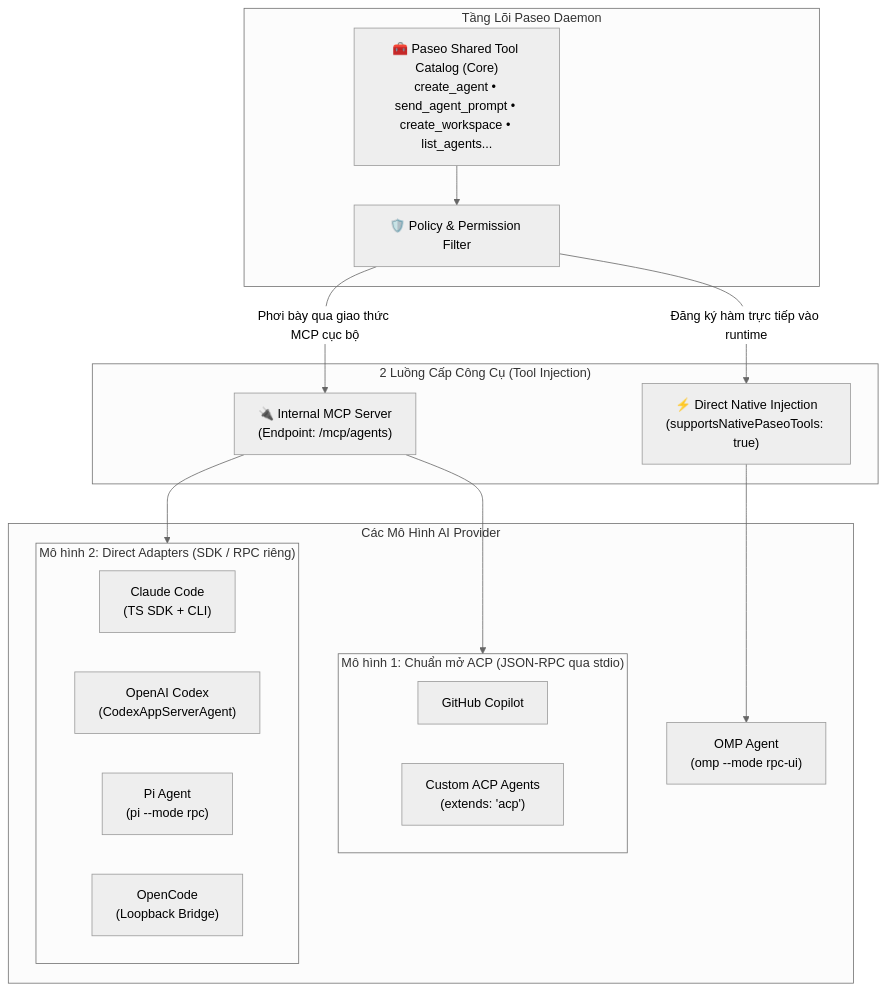
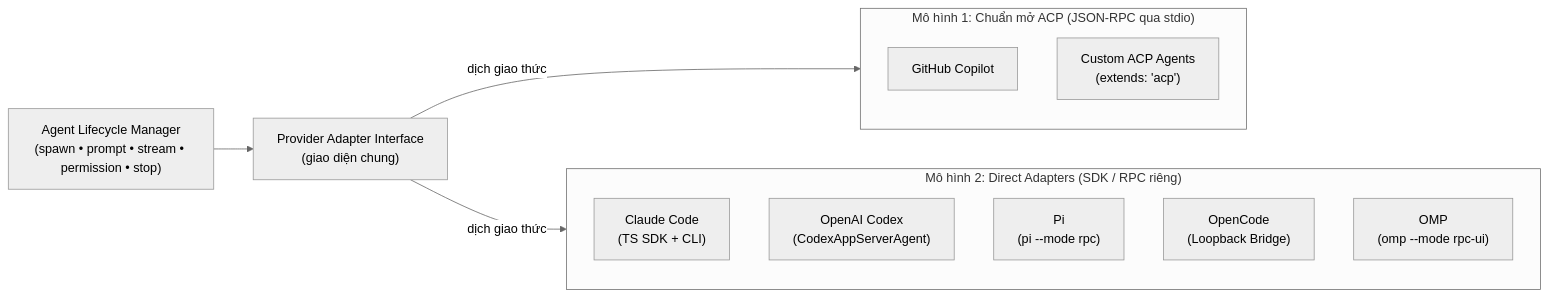
Before and after one commit to XTcode3101/XTcode3101.github.io: the fourth of 5 diagrams in _posts/2026-11-26-paseo-ade-kien-truc-moi-truong-phat-trien-da-agent.md, drawn with Mermaid (neutral theme). The commit also changed other lines of this file and 1 other file, not shown here.

Commit message:
fix paseo blog

````diff
--- a/_posts/2026-11-26-paseo-ade-kien-truc-moi-truong-phat-trien-da-agent.md
+++ b/_posts/2026-11-26-paseo-ade-kien-truc-moi-truong-phat-trien-da-agent.md
@@ -237,36 +246,22 @@
 ```mermaid
-flowchart TD
-    subgraph Core["Tầng Lõi Paseo Daemon"]
-        Catalog["🧰 Paseo Shared Tool Catalog (Core)<br/>create_agent • send_agent_prompt • create_workspace • list_agents..."]
-        Filter["🛡️ Policy & Permission Filter"]
-        Catalog --> Filter
+flowchart LR
+    Manager["Agent Lifecycle Manager<br/>(spawn • prompt • stream • permission • stop)"]
+    Iface["Provider Adapter Interface<br/>(giao diện chung)"]
+    Manager --> Iface
+
+    subgraph ACP["Mô hình 1: Chuẩn mở ACP (JSON-RPC qua stdio)"]
+        Copilot["GitHub Copilot"]
+        CustomACP["Custom ACP Agents<br/>(extends: 'acp')"]
     end
 
-    subgraph Injection["2 Luồng Cấp Công Cụ (Tool Injection)"]
-        Native["⚡ Direct Native Injection<br/>(supportsNativePaseoTools: true)"]
-        MCP["🔌 Internal MCP Server<br/>(Endpoint: /mcp/agents)"]
+    subgraph Direct["Mô hình 2: Direct Adapters (SDK / RPC riêng)"]
+        Claude["Claude Code<br/>(TS SDK + CLI)"]
+        Codex["OpenAI Codex<br/>(CodexAppServerAgent)"]
+        Pi["Pi<br/>(pi --mode rpc)"]
+        OpenCode["OpenCode<br/>(Loopback Bridge)"]
+        OMP["OMP<br/>(omp --mode rpc-ui)"]
     end
 
-    subgraph Providers["Các Mô Hình AI Provider"]
-        OMP["OMP Agent<br/>(omp --mode rpc-ui)"]
-        
-        subgraph ACP_Group["Mô hình 1: Chuẩn mở ACP (JSON-RPC qua stdio)"]
-            Copilot["GitHub Copilot"]
-            CustomACP["Custom ACP Agents<br/>(extends: 'acp')"]
-        end
-
-        subgraph Direct_Group["Mô hình 2: Direct Adapters (SDK / RPC riêng)"]
-            Claude["Claude Code<br/>(TS SDK + CLI)"]
-            Codex["OpenAI Codex<br/>(CodexAppServerAgent)"]
-            Pi["Pi Agent<br/>(pi --mode rpc)"]
-            OpenCode["OpenCode<br/>(Loopback Bridge)"]
-        end
-    end
-
-    Filter -->|"Đăng ký hàm trực tiếp vào runtime"| Native
-    Filter -->|"Phơi bày qua giao thức MCP cục bộ"| MCP
-
-    Native --> OMP
-    MCP --> ACP_Group
-    MCP --> Direct_Group
+    Iface -- "dịch giao thức" --> ACP
+    Iface -- "dịch giao thức" --> Direct
 ```
````
